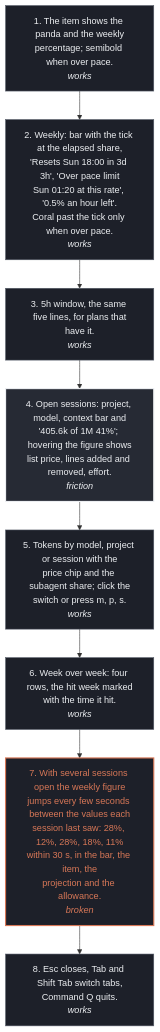
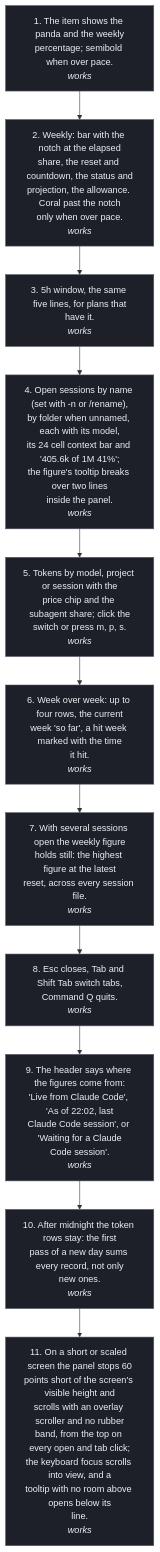
The diagram in design/wireframes/flows/03-read-the-panel.mmd (tokenpandadev/tokenpanda-app), drawn with Mermaid before and after one commit. The commit also changed 35 other files, not shown here.

```diff
--- a/design/wireframes/flows/03-read-the-panel.mmd
+++ b/design/wireframes/flows/03-read-the-panel.mmd
@@ -1,19 +1,26 @@
 flowchart TD
   classDef works fill:#1d2029,stroke:#555b68,color:#eceef1;
   classDef friction fill:#262a34,stroke:#eceef1,stroke-width:2px,color:#eceef1;
   classDef broken fill:#1d2029,stroke:#d77757,stroke-width:2px,color:#d77757;
+  classDef byhand fill:#1d2029,stroke:#eceef1,stroke-width:1px,stroke-dasharray:4 3,color:#eceef1;
   S1["1. The item shows the panda and the weekly<br/>percentage; semibold when over pace.<br/><i>works</i>"]:::works
-  S2["2. Weekly: bar with the tick at the elapsed share,<br/>'Resets Sun 18:00 in 3d 3h', 'Over pace limit<br/>Sun 01:20 at this rate', '0.5% an hour left'.<br/>Coral past the tick only when over pace.<br/><i>works</i>"]:::works
+  S2["2. Weekly: bar with the notch at the elapsed<br/>share, the reset and countdown, the status and<br/>projection, the allowance. Coral past the notch<br/>only when over pace.<br/><i>works</i>"]:::works
   S3["3. 5h window, the same five lines, for plans that<br/>have it.<br/><i>works</i>"]:::works
-  S4["4. Open sessions: project, model, context bar and<br/>'405.6k of 1M 41%'; hovering the figure shows<br/>list price, lines added and removed, effort.<br/><i>friction</i>"]:::friction
+  S4["4. Open sessions by name (set with -n or /rename),<br/>by folder when unnamed, each with its model,<br/>its 24 cell context bar and '405.6k of 1M 41%';<br/>the figure's tooltip breaks over two lines<br/>inside the panel.<br/><i>works</i>"]:::works
   S5["5. Tokens by model, project or session with the<br/>price chip and the subagent share; click the<br/>switch or press m, p, s.<br/><i>works</i>"]:::works
-  S6["6. Week over week: four rows, the hit week marked<br/>with the time it hit.<br/><i>works</i>"]:::works
-  S7["7. With several sessions open the weekly figure<br/>jumps every few seconds between the values each<br/>session last saw: 28%, 12%, 28%, 18%, 11%<br/>within 30 s, in the bar, the item, the<br/>projection and the allowance.<br/><i>broken</i>"]:::broken
+  S6["6. Week over week: up to four rows, the current<br/>week 'so far', a hit week marked with the time<br/>it hit.<br/><i>works</i>"]:::works
+  S7["7. With several sessions open the weekly figure<br/>holds still: the highest figure at the latest<br/>reset, across every session file.<br/><i>works</i>"]:::works
   S8["8. Esc closes, Tab and Shift Tab switch tabs,<br/>Command Q quits.<br/><i>works</i>"]:::works
+  S9["9. The header says where the figures come from:<br/>'Live from Claude Code', 'As of 22:02, last<br/>Claude Code session', or 'Waiting for a Claude<br/>Code session'.<br/><i>works</i>"]:::works
+  S10["10. After midnight the token rows stay: the first<br/>pass of a new day sums every record, not only<br/>new ones.<br/><i>works</i>"]:::works
+  S11["11. On a short or scaled screen the panel stops 60<br/>points short of the screen's visible height and<br/>scrolls with an overlay scroller and no rubber<br/>band, from the top on every open and tab click;<br/>the keyboard focus scrolls into view, and a<br/>tooltip with no room above opens below its<br/>line.<br/><i>works</i>"]:::works
   S1 --> S2
   S2 --> S3
   S3 --> S4
   S4 --> S5
   S5 --> S6
   S6 --> S7
   S7 --> S8
+  S8 --> S9
+  S9 --> S10
+  S10 --> S11
```
